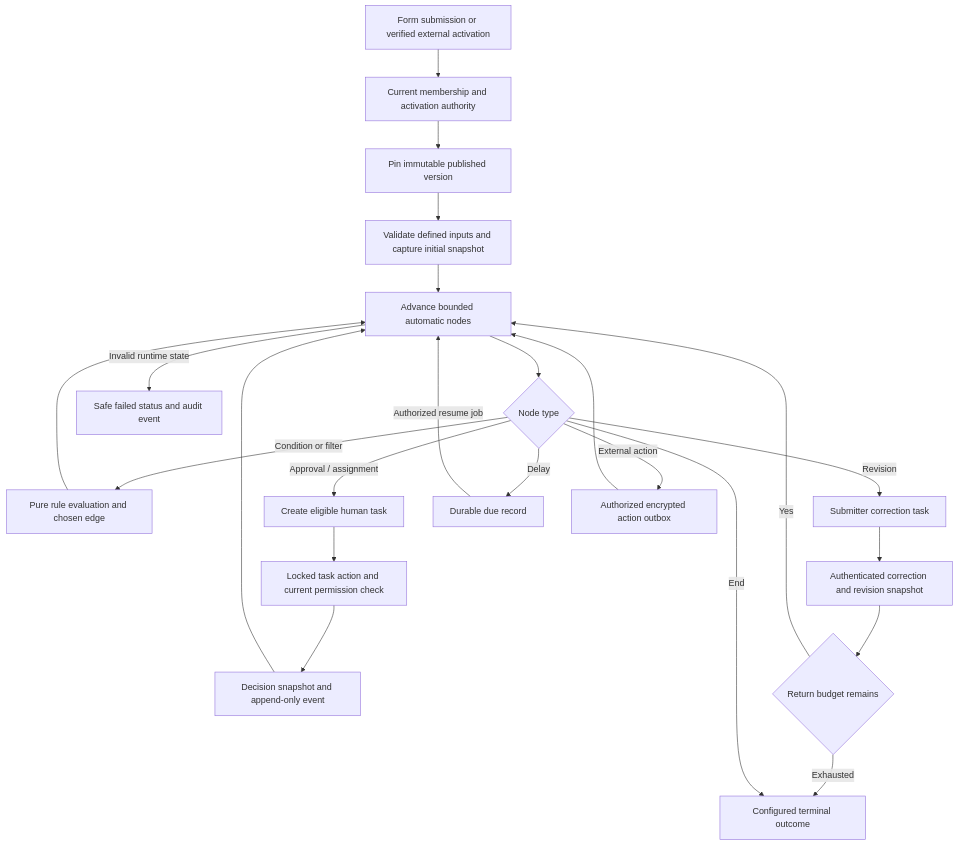
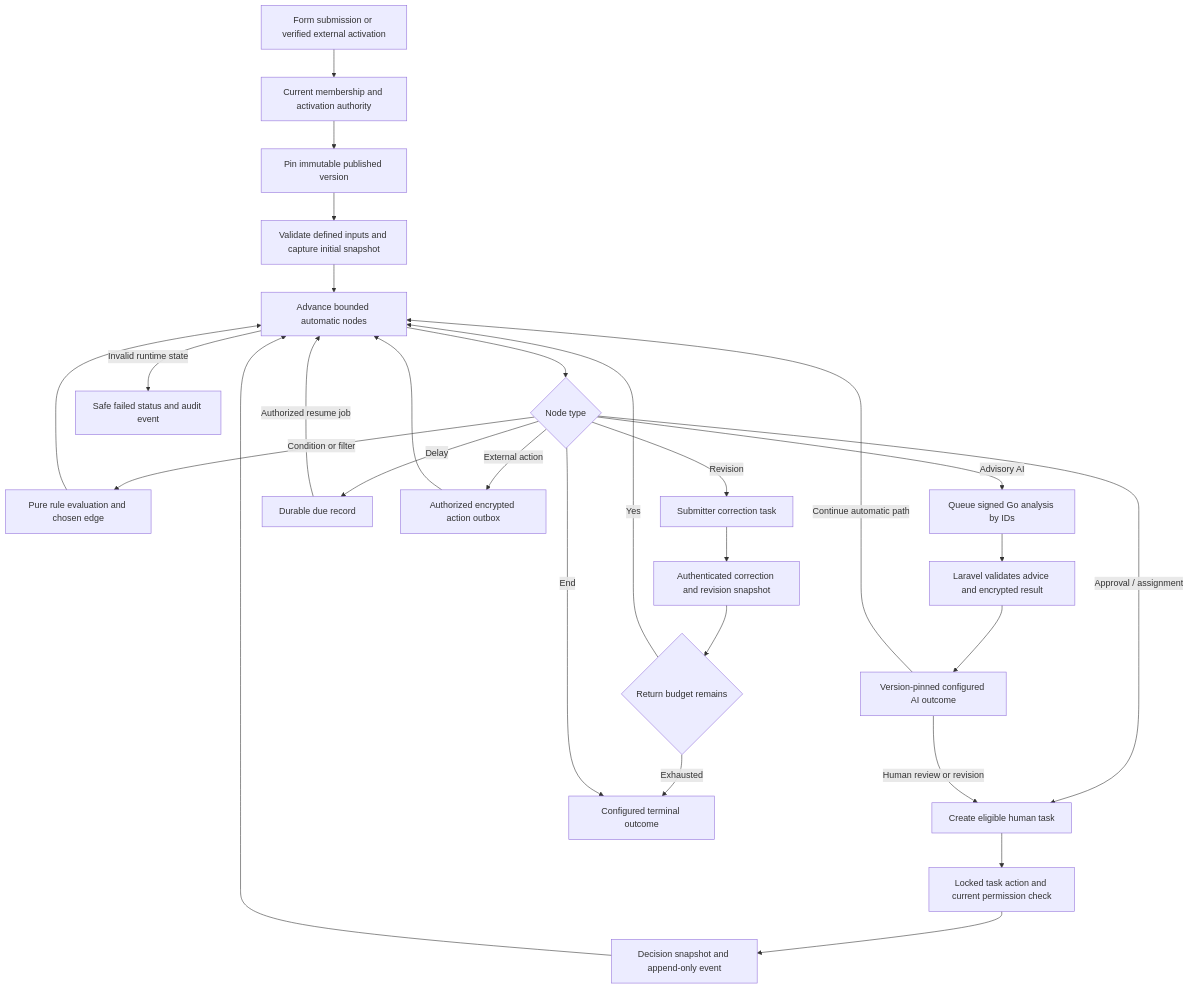
One commit to AahilSomethin/FlowMV changed the diagram in docs/diagrams/workflow-execution.md. Above: the diagram before and after it, drawn with Mermaid. The commit also changed other lines of this file and 61 other files, not shown here.

````diff
--- a/docs/diagrams/workflow-execution.md
+++ b/docs/diagrams/workflow-execution.md
@@ -3,25 +3,30 @@
 ```mermaid
 flowchart TD
   Trigger[Form submission or verified external activation] --> Gate[Current membership and activation authority]
   Gate --> Pin[Pin immutable published version]
   Pin --> Inputs[Validate defined inputs and capture initial snapshot]
   Inputs --> Run[Advance bounded automatic nodes]
   Run --> Kind{Node type}
   Kind -->|Condition or filter| Branch[Pure rule evaluation and chosen edge]
   Branch --> Run
   Kind -->|Approval / assignment| Task[Create eligible human task]
   Task --> Decision[Locked task action and current permission check]
   Decision --> Snapshot[Decision snapshot and append-only event]
   Snapshot --> Run
   Kind -->|Revision| Rev[Submitter correction task]
   Rev --> Correct[Authenticated correction and revision snapshot]
   Correct --> Limit{Return budget remains}
   Limit -->|Yes| Run
   Limit -->|Exhausted| End[Configured terminal outcome]
   Kind -->|Delay| Due[Durable due record]
   Due -->|Authorized resume job| Run
   Kind -->|External action| Outbox[Authorized encrypted action outbox]
   Outbox --> Run
+  Kind -->|Advisory AI| AiQueue[Queue signed Go analysis by IDs]
+  AiQueue --> AiResult[Laravel validates advice and encrypted result]
+  AiResult --> AiBranch[Version-pinned configured AI outcome]
+  AiBranch -->|Human review or revision| Task
+  AiBranch -->|Continue automatic path| Run
   Kind -->|End| End
   Run -->|Invalid runtime state| Fail[Safe failed status and audit event]
 ```
````
